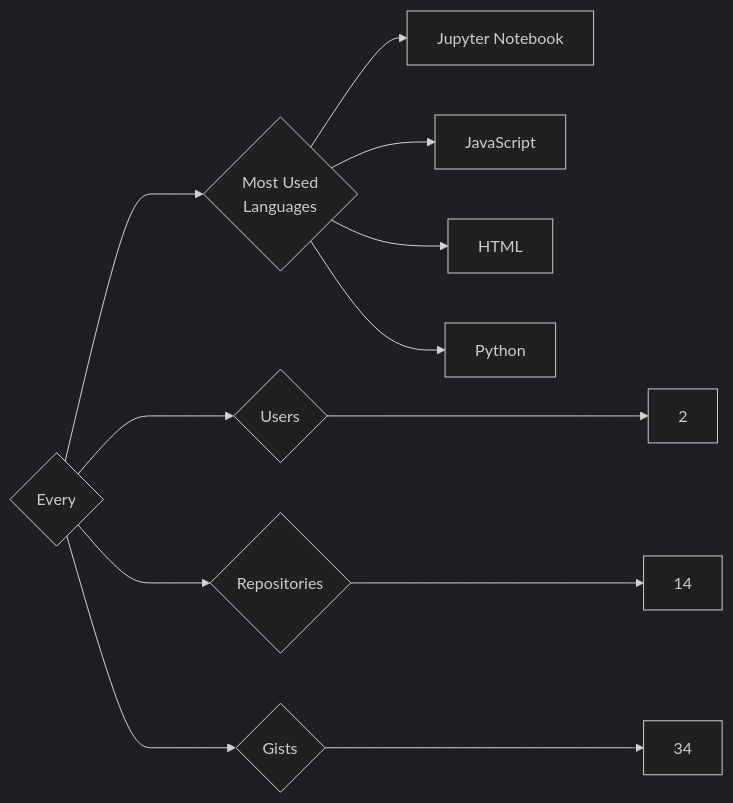
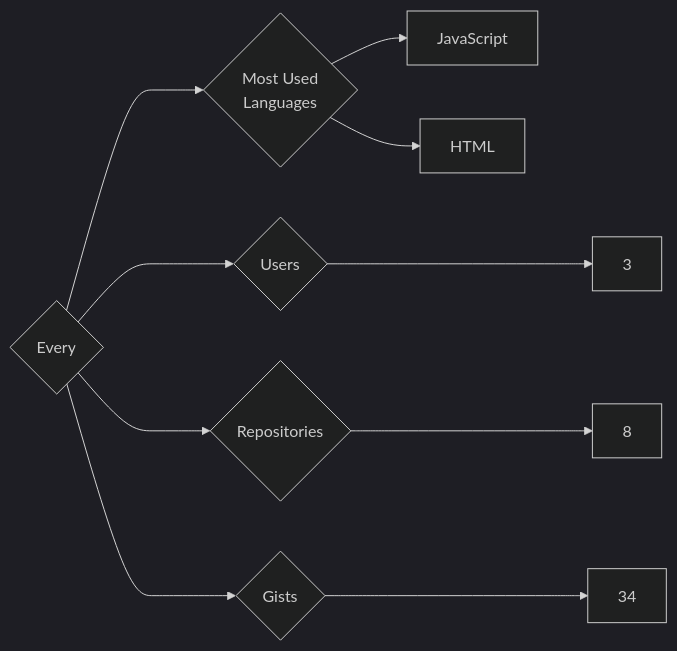
Before and after one commit to trickest/insiders: the diagram in targets/Every/README.md, drawn with Mermaid (dark theme). The commit also changed 1148 other files, not shown here.

````diff
--- a/targets/Every/README.md
+++ b/targets/Every/README.md
@@ -3,12 +3,10 @@
 ```mermaid
 graph LR
 COMPANY_NAME{Every}
-COMPANY_NAME ---> U{Users} ---> UN[2]
-COMPANY_NAME ---> R{Repositories} ---> RN[14]
+COMPANY_NAME ---> U{Users} ---> UN[3]
+COMPANY_NAME ---> R{Repositories} ---> RN[8]
 COMPANY_NAME ---> G{Gists} ---> GN[34]
 COMPANY_NAME ---> ML{Most Used<br>Languages}
-ML --> Jupyter_Notebook[Jupyter Notebook]
 ML --> JavaScript[JavaScript]
 ML --> HTML[HTML]
-ML --> Python[Python]
 ```
````
